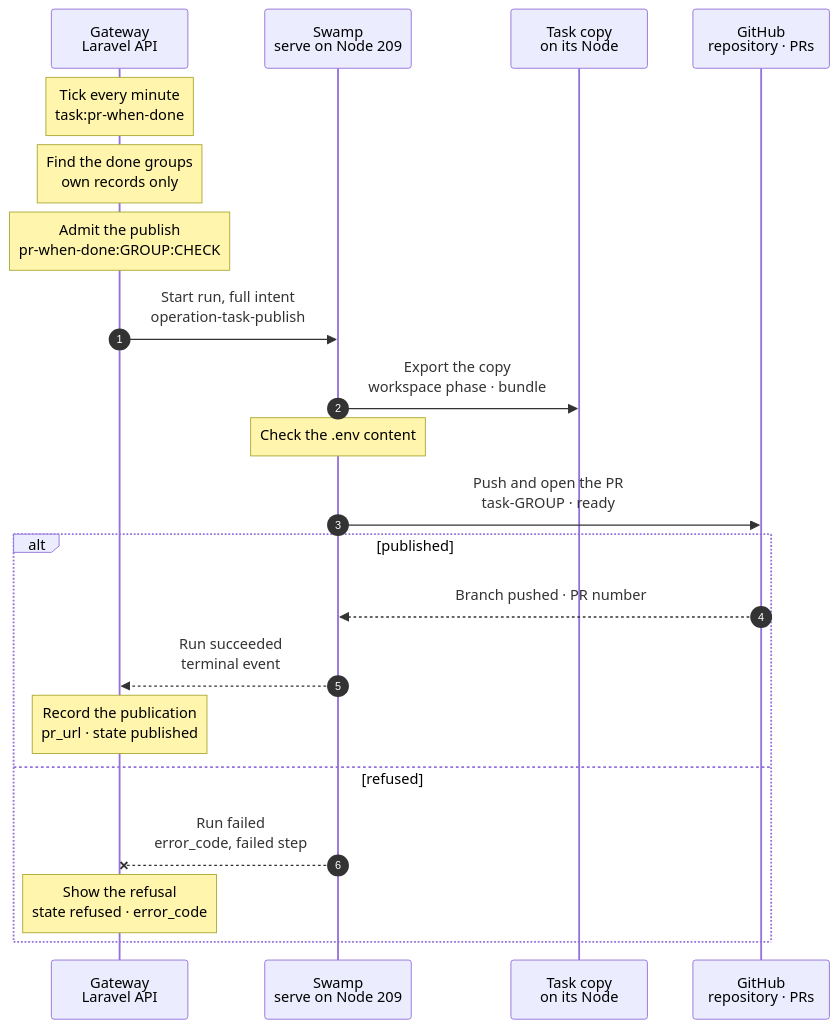
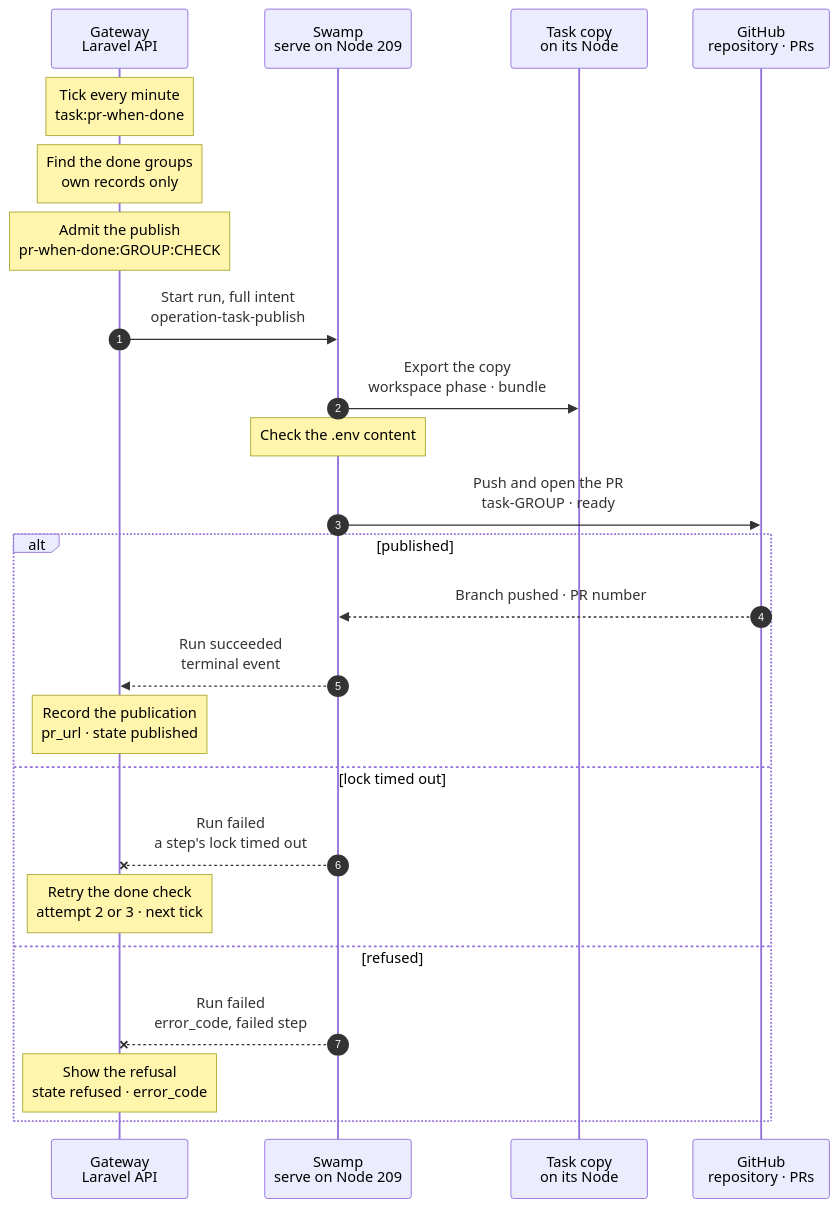
One commit to hardimpactdev/orbit changed the diagram in docs/cli/task/pr-when-done.mmd. Above: the diagram before and after it, drawn with Mermaid. The commit also changed 6 other files, not shown here.

First line of the commit message:
docs(tasks): scope a task copy's long Swamp steps by group; retry a publish lock timeout

```diff
--- a/docs/cli/task/pr-when-done.mmd
+++ b/docs/cli/task/pr-when-done.mmd
@@ -1,71 +1,85 @@
 sequenceDiagram
   %% Target design: ADR 0257 (task group modes), docs/reference/tasks.md#task-group-modes. A scheduled Gateway command like task:pr-gate: it reads the Gateway's own records and admits the existing tasks.publish (docs/cli/task/publish.mmd) behind every guard of a manual publish. It starts no other work and merges nothing. The tick is a scheduled command, not an Operation kind: like instance/container/thread.mmd it names `kind: none`, and the Operation it admits is `tasks.publish`.
   %% status: draft
   %% command: none · task:pr-when-done schedule
   %% kind: none
   autonumber
   %% lane GW icon=gateway pill=intent tone=blue
   %% lane SW icon=workflow pill=executes tone=green
   %% lane N icon=server pill=target tone=amber
   %% lane GH icon=server pill=target tone=purple
   participant GW as Gateway<br/>Laravel API
   participant SW as Swamp<br/>serve on Node 209
   participant N as Task copy<br/>on its Node
   participant GH as GitHub<br/>repository · PRs
   Note over GW: Tick every minute<br/>task:pr-when-done
   %%> When:
   %%> - every minute while the Tasks extension is on, as one scheduled Gateway command beside `task:pr-gate`
   %%> Why:
   %%> - a group becomes done when the caller completes its last subtask, which ends no Operation; one tick reads the whole rule in one place and survives a lost callback or a worker restart
   %%> Not included:
   %%> - no command: no person starts the tick; a person releases a waiting group with `task:publish GROUP`
   Note over GW: Find the done groups<br/>own records only
   %%> What it does:
   %%> - takes each open group whose workspace is a task copy and that has no pull request
   %%> - keeps a group whose work is done: every subtask ended and one completed; the last completed one has an eligible passed handoff check, and no newer handoff check exists; the reviewer thread's newest turn reviewed exactly that commit and ended `done` (a subtask of a task copy cannot be completed while a turn runs); no turn may still run and no Operation of the group runs
   %%> - keeps a group whose mode now resolves to `pr_when_done` (group, then Project, then Gateway) and whose done check recorded `pr_when_done` when it passed
   %%> Result:
   %%> - a group in `review_before_pr`, or whose done check recorded it, stays `waiting_for_release`; nothing happens on GitHub
   Note over GW: Admit the publish<br/>pr-when-done:GROUP:CHECK
   %%> What it does:
   %%> - starts the `tasks.publish` admission of `task:publish` with the done check, the group title, a body of the brief, the completed subtasks and the checked commit, and a ready pull request
   %%> Requirements:
   %%> - every guard of a manual publish: the group lock, the copy publish allow list, the eligible candidate, the running container
   %%> - the key `pr-when-done:GROUP:CHECK` was not admitted before, and no publish of this check failed or was cancelled; a repeat tick starts nothing
+  %%> - after a lock timeout, the key adds its attempt, `pr-when-done:GROUP:CHECK:2` or `:3`, while fewer than 3 publishes of this check timed out on a lock
   %%> - inside the admission's transaction, after the group's row lock, the group is still done with this check and still in `pr_when_done`, else `tasks.not_done`
   %%> Result:
   %%> - task #TASK recorded, kind `tasks.publish`, caller `gateway:pr-when-done`
   GW->>SW: Start run, full intent<br/>operation-task-publish
   %%> What it does:
   %%> - starts the publish run that `docs/cli/task/publish.mmd` shows, unchanged
   SW->>N: Export the copy<br/>workspace phase · bundle
   %%> How:
   %%> - the copy's checkout HEAD must be the done check's commit; the bundle comes to the worker and the copy never holds a token
+  %%> - the workspace phase is the behavior `task-workspace-NODE-GROUP`, and every publish step names its group too, so the publish of another group on this Node never waits for its lock
   Note over SW: Check the .env content
   %%> How:
   %%> - the `.env` path and content checks, with the Club key of a nested-fleet copy, run before any token exists; the title and body Orbit wrote are checked too
   SW->>GH: Push and open the PR<br/>task-GROUP · ready
   %%> How:
   %%> - the push step mints its own token; the pull request opens ready, not as a draft
   alt published
     GH-->>SW: Branch pushed · PR number
     SW-->>GW: Run succeeded<br/>terminal event
     Note over GW: Record the publication<br/>pr_url · state published
     %%> Result:
     %%> - the group's `publication` state is `published`; the group keeps its status and its task copy
     %%> - Orbit never merges this pull request (`tasks.copy_pr_no_merge` on every merge path); a person merges it on GitHub
+  else lock timed out
+    SW--xGW: Run failed<br/>a step's lock timed out
+    %%> When:
+    %%> - a step waited 60 s for a behavior lock that another run held: `Lock "…/.lock" held by … — timed out after …ms`
+    Note over GW: Retry the done check<br/>attempt 2 or 3 · next tick
+    %%> Result:
+    %%> - the Operation keeps `tasks.publish_lock_timeout`; the group's `publication` stays `publishing`
+    %%> - the next tick admits the same done check again under the key with its attempt, behind every guard of the first
+    %%> - after the third lock timeout the publication shows `refused` with `tasks.publish_lock_timeout`; `task:publish GROUP` tries again
+    %%> Why:
+    %%> - nothing on the copy or on GitHub was wrong; a lock timeout says only that a step was busy
   else refused
     SW--xGW: Run failed<br/>error_code, failed step
     %%> When:
-    %%> - a step failed, such as `tasks.publish_secret_content` or `tasks.push_failed`
+    %%> - a step failed, such as `tasks.publish_secret_content` or `tasks.push_failed`; any failure but a lock timeout
     %%> - an admission refusal, such as `tasks.copy_publish_held` or `tasks.commit_not_checked`, starts no run and ends here too
     %%> - a stopped task copy refuses at admission with `tasks.instance_not_running` and is stored too
     %%> - only `operation.target_busy`, `tasks.copy_turn_unended` and `tasks.not_done` are no refusal: the next tick reads the group again and stores nothing
     %%> - a fault that is no refusal is stored as `tasks.publish_failed`; a refusal is never stored over a publish admitted in between
     Note over GW: Show the refusal<br/>state refused · error_code
     %%> Result:
     %%> - an admission refusal is stored on the group; a failed, interrupted or cancelled publish of the done check, by any caller, keeps its code on its Operation (`operation.cancelled` when it has none); `task:show` and `task:status` show `refused` with the code
     %%> - the group keeps its status, and the task copy and its checked commit stay
     %%> Retry:
     %%> - the tick does not start the same done check again; a new handoff check or `task:publish GROUP` tries again
+    %%> - a hand `task:publish GROUP` of the same check is admitted at any time no Operation of the group runs
   end
```
